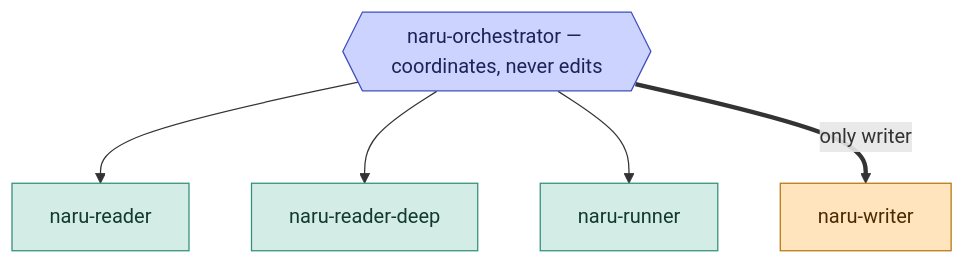
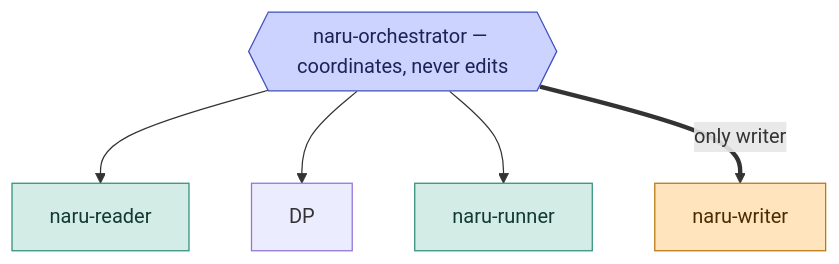
The first of 2 diagrams in docs/src/content/docs/concepts/adaptive-delegation.md (sean35mm/naru-opencode), drawn with Mermaid before and after one commit. The commit also changed other lines of this file and 23 other files, not shown here.

````diff
--- a/docs/src/content/docs/concepts/adaptive-delegation.md
+++ b/docs/src/content/docs/concepts/adaptive-delegation.md
@@ -10,15 +10,14 @@
 ```mermaid
 flowchart TB
   ORC{{"naru-orchestrator — coordinates, never edits"}}:::coord
   RD["naru-reader"]:::read
-  DP["naru-reader-deep"]:::read
   RN["naru-runner"]:::read
   WR["naru-writer"]:::write
 
   ORC --> RD & DP & RN
   ORC ==>|"only writer"| WR
 
   classDef coord fill:#ccd3ff,stroke:#3f4fbe,color:#1b2456
   classDef read fill:#d3ece5,stroke:#2f8f78,color:#123a31
   classDef write fill:#ffe4bd,stroke:#b8760f,color:#4a2c00
 ```
````
